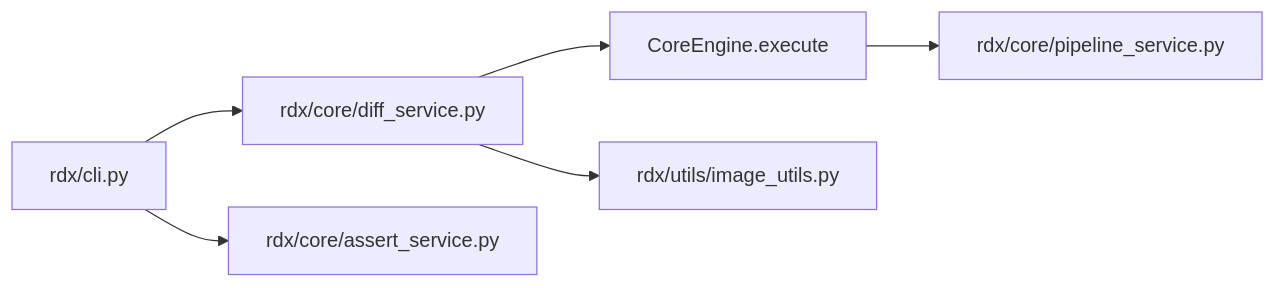
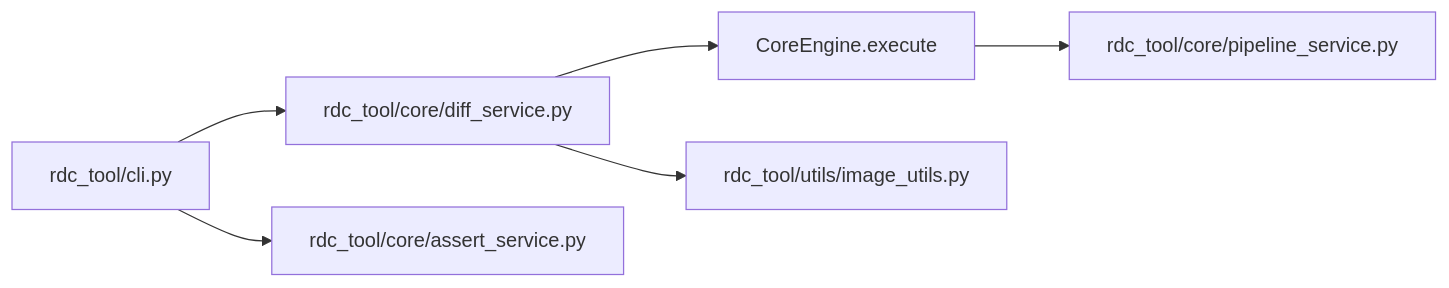
Before and after one commit to haolange/RDC-Tool: the seventh of 7 diagrams in .qoder/repowiki/zh/content/CLI参考手册/差异比较和断言命令.md, drawn with Mermaid. The commit also changed other lines of this file and 388 other files, not shown here.

First line of the commit message:
Release RDC-Tool identity and public maintenance surface

````diff
--- a/.qoder/repowiki/zh/content/CLI参考手册/差异比较和断言命令.md
+++ b/.qoder/repowiki/zh/content/CLI参考手册/差异比较和断言命令.md
@@ -249,8 +249,8 @@
 ```mermaid
 graph LR
-CLI["rdx/cli.py"] --> DiffSvc["rdx/core/diff_service.py"]
-CLI --> AssertSvc["rdx/core/assert_service.py"]
+CLI["rdc_tool/cli.py"] --> DiffSvc["rdc_tool/core/diff_service.py"]
+CLI --> AssertSvc["rdc_tool/core/assert_service.py"]
 DiffSvc --> CoreOps["CoreEngine.execute"]
-DiffSvc --> ImgUtils["rdx/utils/image_utils.py"]
-CoreOps --> PipeSvc["rdx/core/pipeline_service.py"]
+DiffSvc --> ImgUtils["rdc_tool/utils/image_utils.py"]
+CoreOps --> PipeSvc["rdc_tool/core/pipeline_service.py"]
 ```
````
